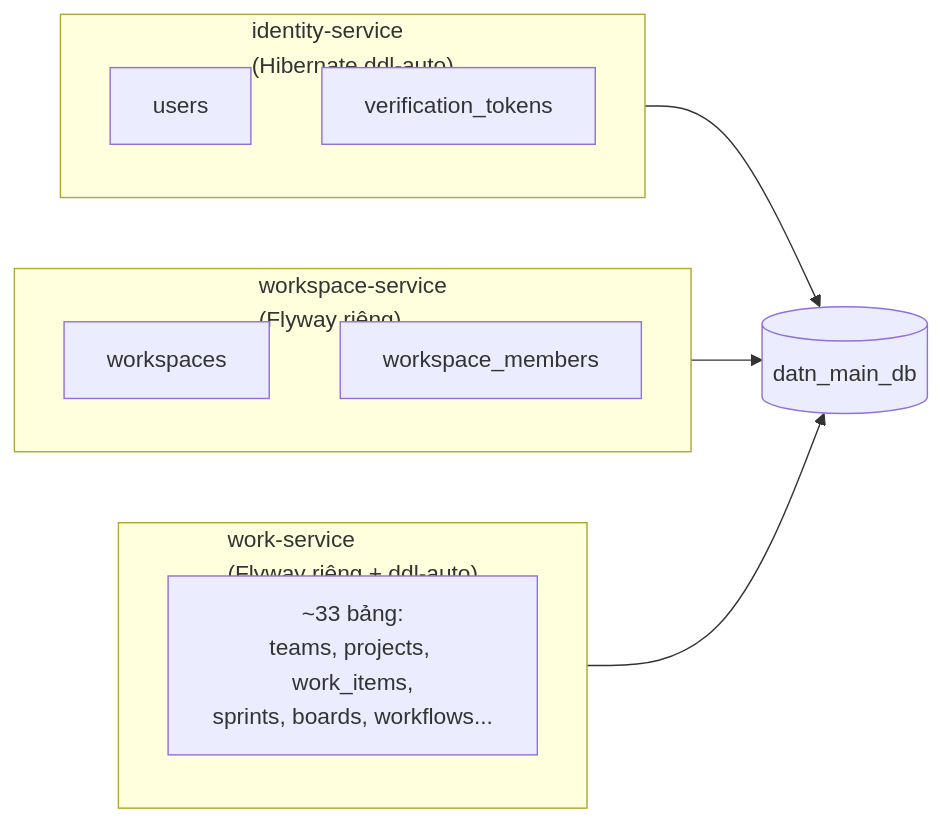
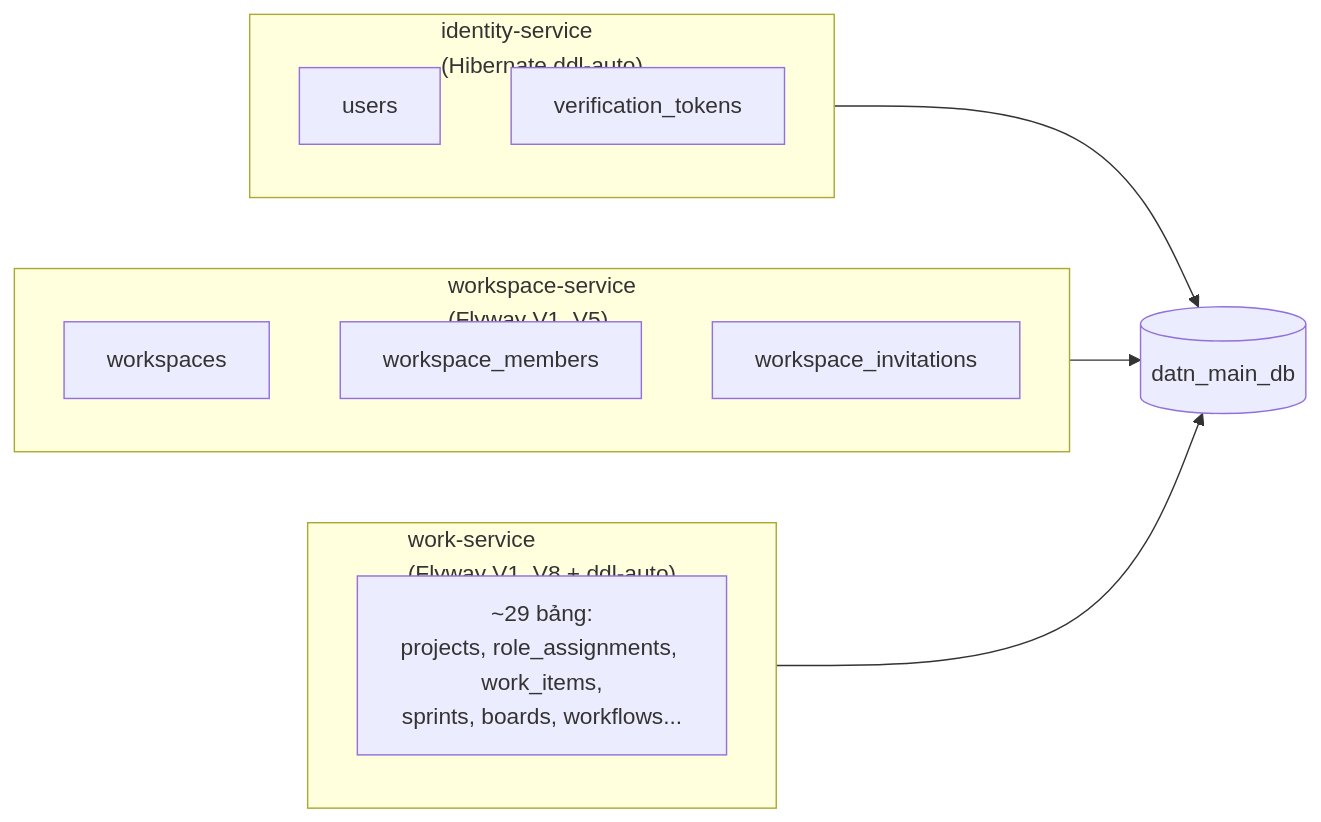
Before and after one commit to Hecker-Chuoi/DATN-2026: the first of 22 diagrams in formal_doc/01_QUAN_HE_THUC_THE.md, drawn with Mermaid. The commit also changed other lines of this file and 60 other files, not shown here.

````diff
--- a/formal_doc/01_QUAN_HE_THUC_THE.md
+++ b/formal_doc/01_QUAN_HE_THUC_THE.md
@@ -33,18 +33,19 @@
 ```mermaid
 flowchart LR
     subgraph ID["identity-service<br/>(Hibernate ddl-auto)"]
         U["users"]
         VT["verification_tokens"]
     end
-    subgraph WS["workspace-service<br/>(Flyway riêng)"]
+    subgraph WS["workspace-service<br/>(Flyway V1..V5)"]
         W["workspaces"]
         WM["workspace_members"]
+        WI["workspace_invitations"]
     end
-    subgraph WK["work-service<br/>(Flyway riêng + ddl-auto)"]
-        X["~33 bảng:<br/>teams, projects, work_items,<br/>sprints, boards, workflows..."]
+    subgraph WK["work-service<br/>(Flyway V1..V8 + ddl-auto)"]
+        X["~29 bảng:<br/>projects, role_assignments, work_items,<br/>sprints, boards, workflows..."]
     end
     DB[("datn_main_db")]
     ID --> DB
     WS --> DB
     WK --> DB
 ```
````
